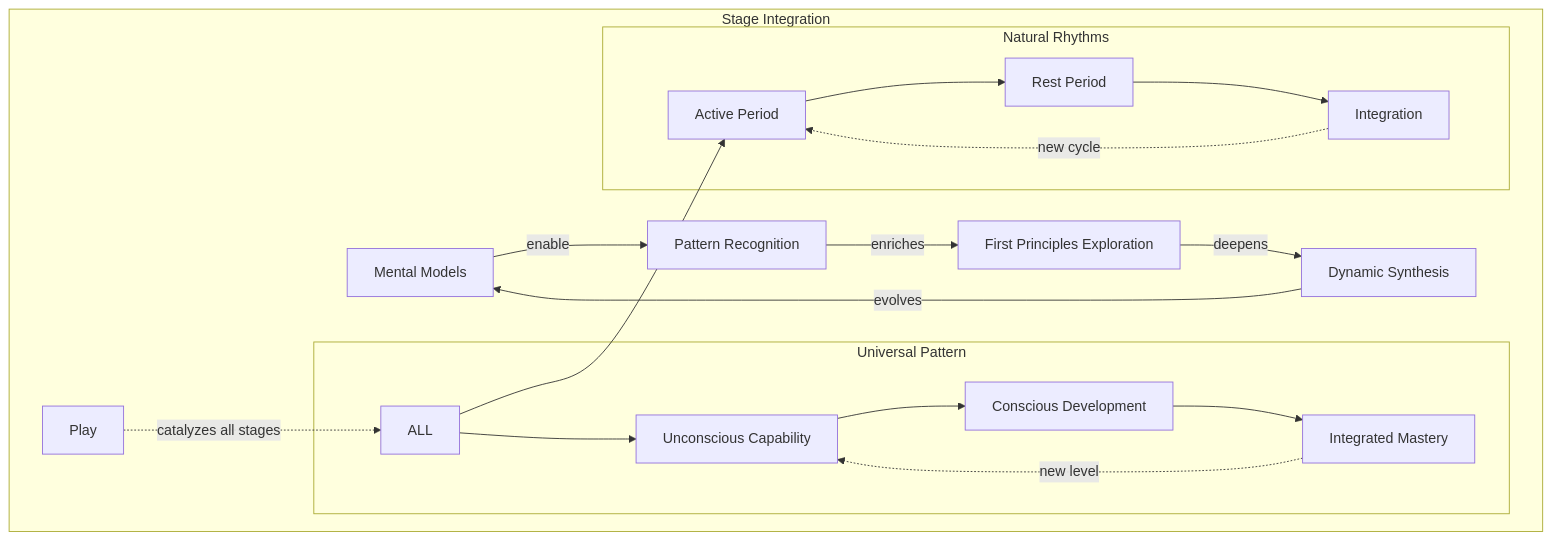
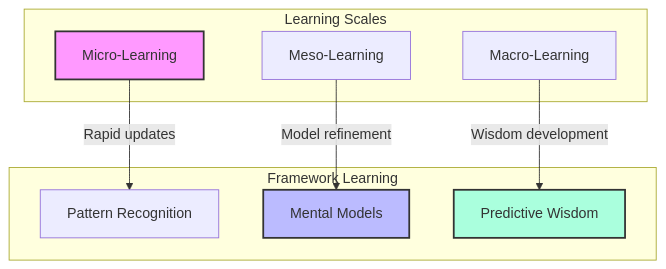
Diagram 12 of 52 in README.md (phillipclapham/neuroweaver), drawn with Mermaid before and after one commit. The commit also changed other lines of this file and 4 other files, not shown here.

Commit message:
v0.2.0-flow

````diff
--- a/README.md
+++ b/README.md
@@ -1060,25 +3529,22 @@
 ```mermaid
 graph TD
-    subgraph "Stage Integration"
-        MM[Mental Models] -->|enable| PR[Pattern Recognition]
-        PR -->|enriches| FP[First Principles Exploration]
-        FP -->|deepens| DS[Dynamic Synthesis]
-        DS -->|evolves| MM
+    subgraph "Learning Scales"
+        M[Micro-Learning]
+        M2[Meso-Learning]
+        MA[Macro-Learning]
+    end
 
-        Play[Play] -.->|catalyzes all stages| ALL
+    subgraph "Framework Learning"
+        PR[Pattern Recognition]
+        MM[Mental Models]
+        PW[Predictive Wisdom]
+    end
 
-        subgraph "Universal Pattern"
-            ALL --> U[Unconscious Capability]
-            U --> C[Conscious Development]
-            C --> I[Integrated Mastery]
-            I -.->|new level| U
-        end
+    M -->|Rapid updates| PR
+    M2 -->|Model refinement| MM
+    MA -->|Wisdom development| PW
 
-        subgraph "Natural Rhythms"
-            ALL --> AP[Active Period]
-            AP --> RP[Rest Period]
-            RP --> IP[Integration]
-            IP -.->|new cycle| AP
-        end
-    end
+    style M fill:#f9f,stroke:#333,stroke-width:2px
+    style MM fill:#bbf,stroke:#333,stroke-width:2px
+    style PW fill:#afd,stroke:#333,stroke-width:2px
 ```
````
